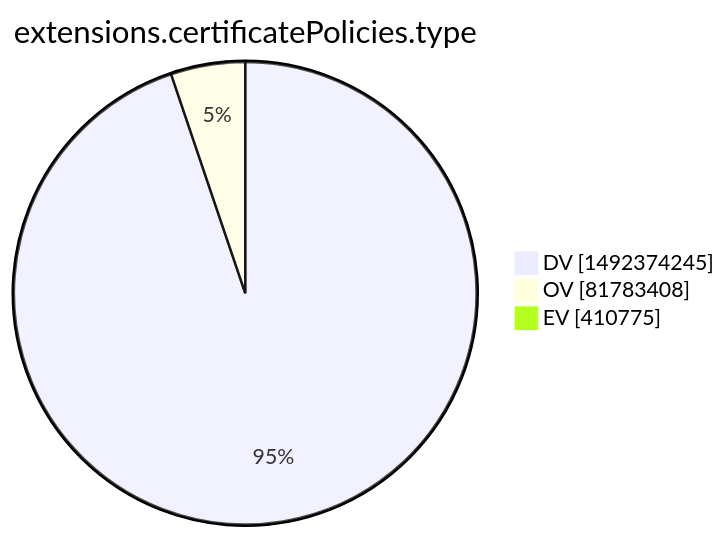
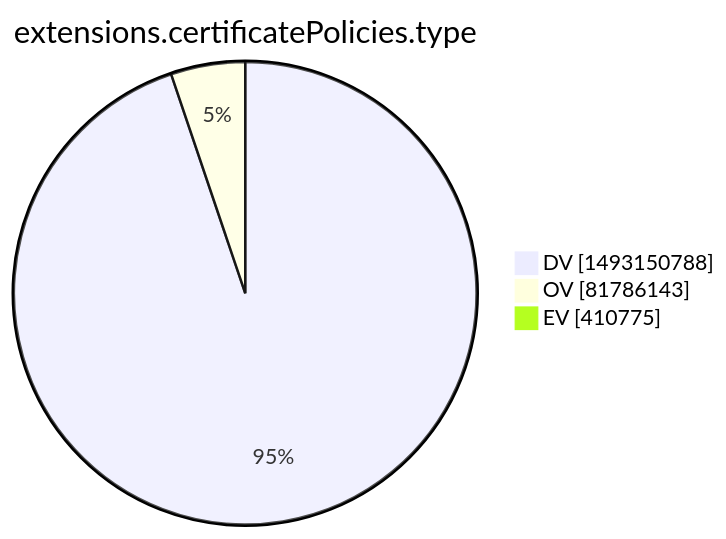
One commit to christiankrug/ctmonitor_visualization changed the tenth of 15 diagrams in xenon2022/README.md. Above: the diagram before and after it, drawn with Mermaid. The commit also changed other lines of this file, not shown here.

````diff
--- a/xenon2022/README.md
+++ b/xenon2022/README.md
@@ -2874,7 +2874,7 @@
 ```mermaid
 pie showData
 title extensions.certificatePolicies.type
-"DV" :1492374245
-"OV" :81783408
+"DV" :1493150788
+"OV" :81786143
 "EV" :410775
 ```
````
